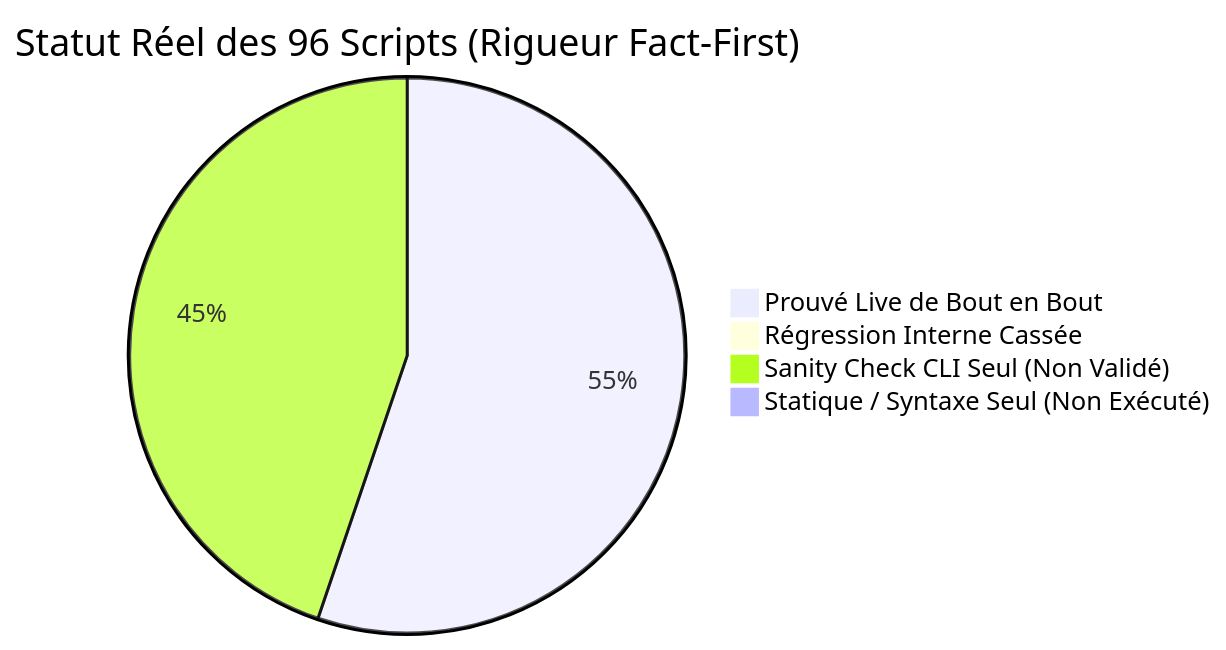
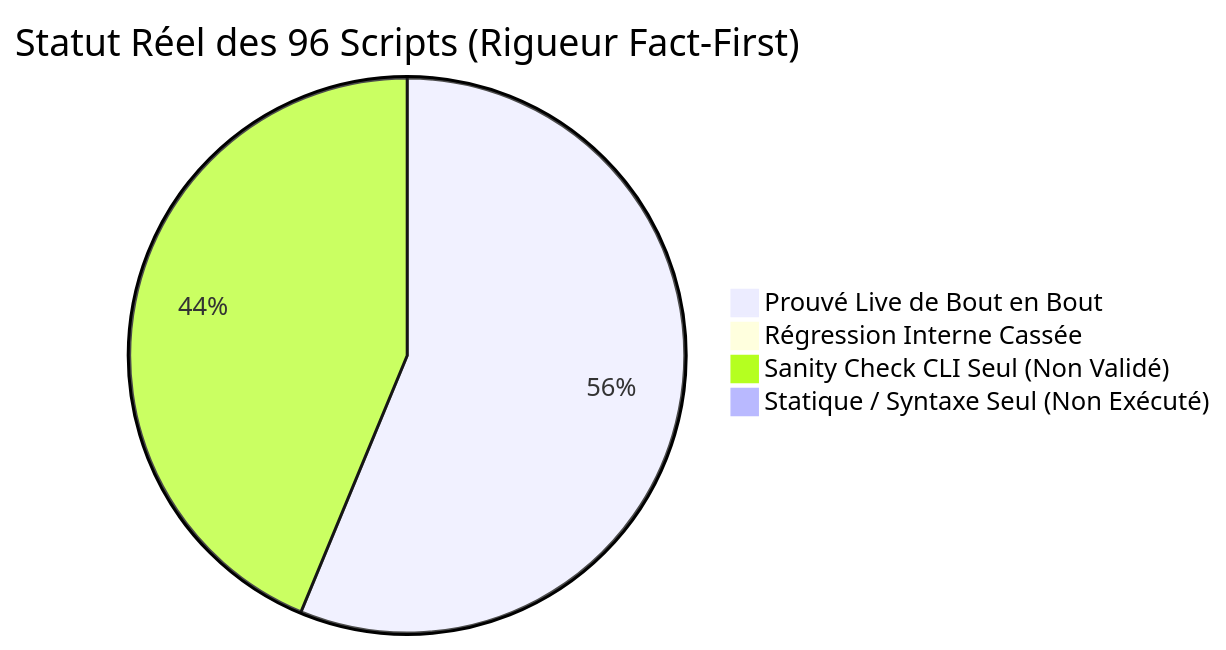
One commit to yoyonel/pydbsrt changed the diagram in docs/reference/2026-11-10-audit-exhaustif-scripts-regressions.md. Above: the diagram before and after it, drawn with Mermaid. The commit also changed other lines of this file and 2 other files, not shown here.

First line of the commit message:
fix(workers): dynamic root, sys.path normalization and check in phash migrate (#69)

````diff
--- a/docs/reference/2026-11-10-audit-exhaustif-scripts-regressions.md
+++ b/docs/reference/2026-11-10-audit-exhaustif-scripts-regressions.md
@@ -16,7 +16,7 @@
 ```mermaid
 pie title Statut Réel des 96 Scripts (Rigueur Fact-First)
-    "Prouvé Live de Bout en Bout" : 53
+    "Prouvé Live de Bout en Bout" : 54
     "Régression Interne Cassée" : 0
-    "Sanity Check CLI Seul (Non Validé)" : 43
+    "Sanity Check CLI Seul (Non Validé)" : 42
     "Statique / Syntaxe Seul (Non Exécuté)" : 0
 ```
````
